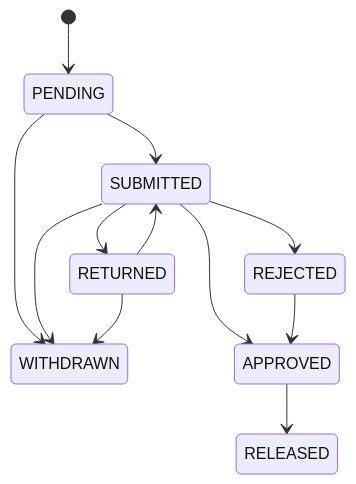
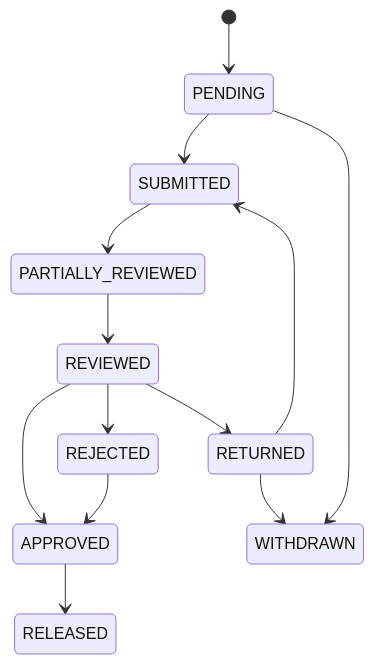
Before and after one commit to opensafely-core/airlock: the diagram in docs/request-states.md, drawn with Mermaid. The commit also changed 7 other files, not shown here.

````diff
--- a/docs/request-states.md
+++ b/docs/request-states.md
@@ -6,14 +6,15 @@
 ```mermaid
 stateDiagram-v2
     [*] --> PENDING
     PENDING --> SUBMITTED
     PENDING --> WITHDRAWN
-    SUBMITTED --> APPROVED
-    SUBMITTED --> REJECTED
-    SUBMITTED --> RETURNED
-    SUBMITTED --> WITHDRAWN
+    SUBMITTED --> PARTIALLY_REVIEWED
+    PARTIALLY_REVIEWED --> REVIEWED
+    REVIEWED --> APPROVED
+    REVIEWED --> REJECTED
+    REVIEWED --> RETURNED
     RETURNED --> SUBMITTED
     RETURNED --> WITHDRAWN
     APPROVED --> RELEASED
     REJECTED --> APPROVED
 ```
````
